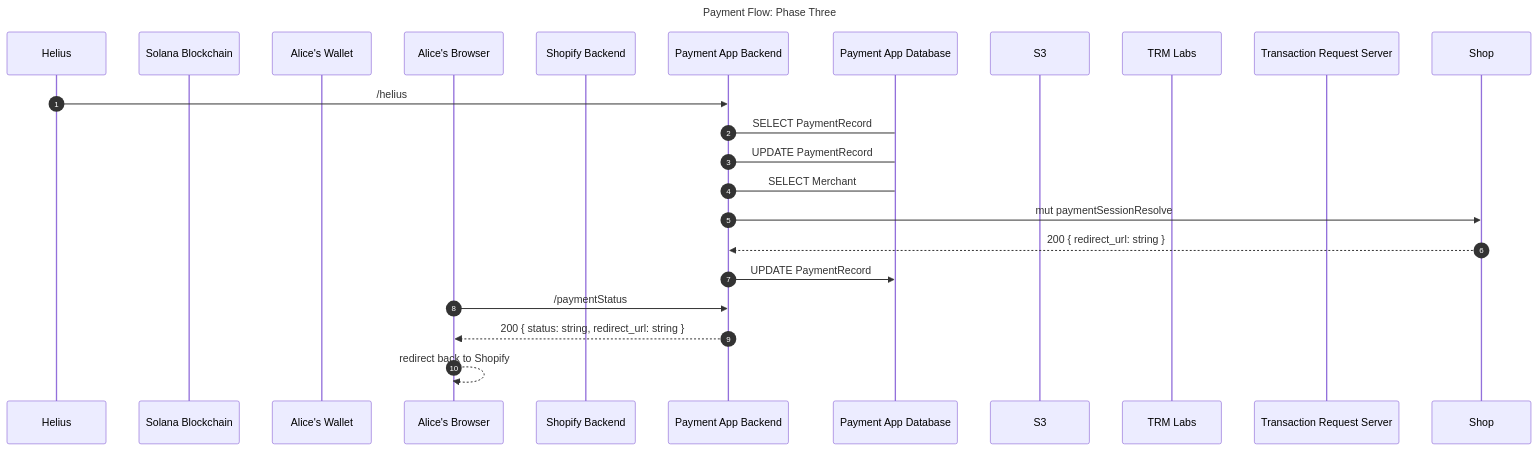
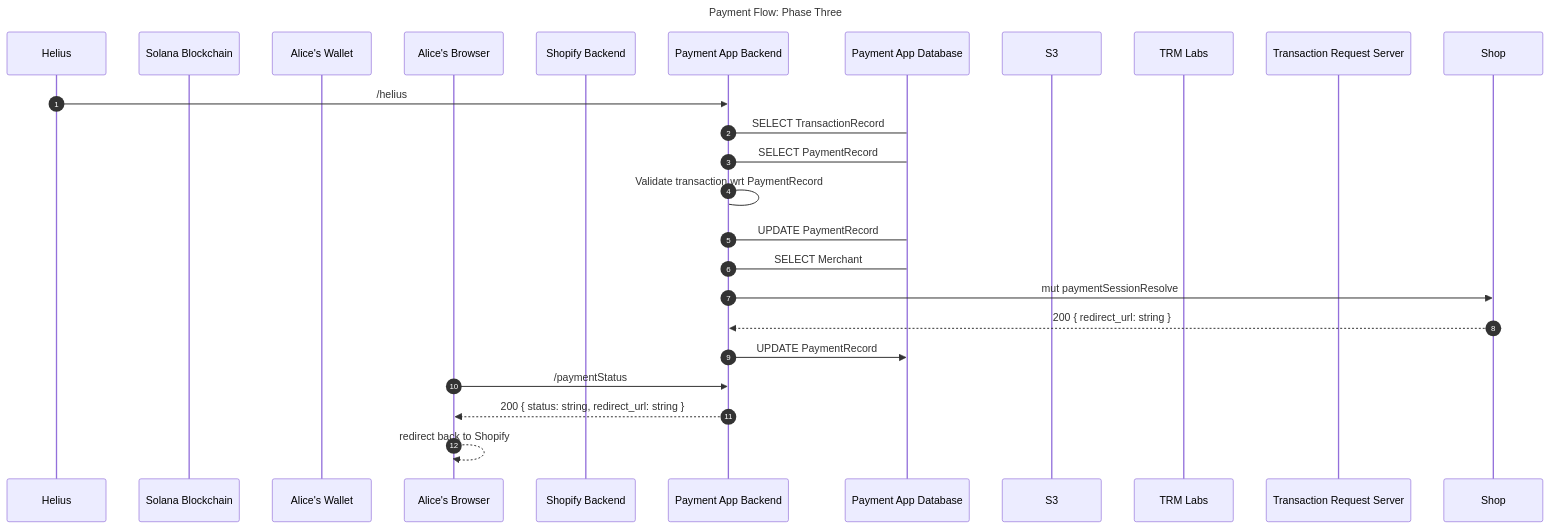
The third of 8 diagrams in system-design/README.md (Tru3Bliss/solana-modern-pay), drawn with Mermaid before and after one commit. The commit also changed other lines of this file and 30 other files, not shown here.

````diff
--- a/system-design/README.md
+++ b/system-design/README.md
@@ -77,25 +77,27 @@
 ```mermaid
 sequenceDiagram
     title Payment Flow: Phase Three
     autonumber
     participant Helius
     participant Solana as Solana Blockchain
     participant Wallet as Alice's Wallet
     participant Alice as Alice's Browser
     participant SHOP as Shopify Backend
     participant BACKEND as Payment App Backend
     participant DATABASE as Payment App Database
     participant S3
     participant TRM as TRM Labs
     participant TRS as Transaction Request Server
     Helius->>BACKEND: /helius
+    BACKEND->DATABASE: SELECT TransactionRecord
     BACKEND->DATABASE: SELECT PaymentRecord
+    BACKEND->BACKEND: Validate transaction wrt PaymentRecord
     BACKEND->DATABASE: UPDATE PaymentRecord
     BACKEND->DATABASE: SELECT Merchant
     BACKEND->>Shop: mut paymentSessionResolve
     Shop-->>BACKEND: 200 { redirect_url: string }
     BACKEND->>DATABASE: UPDATE PaymentRecord
     Alice->>BACKEND: /paymentStatus
     BACKEND-->>Alice: 200 { status: string, redirect_url: string }
     Alice-->>Alice: redirect back to Shopify
 ```
````
